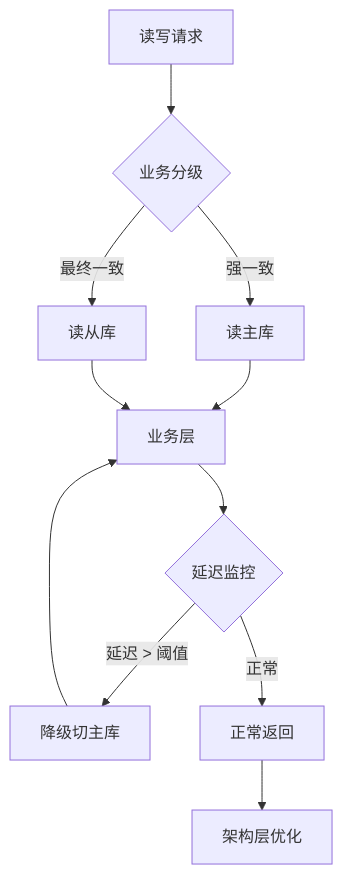
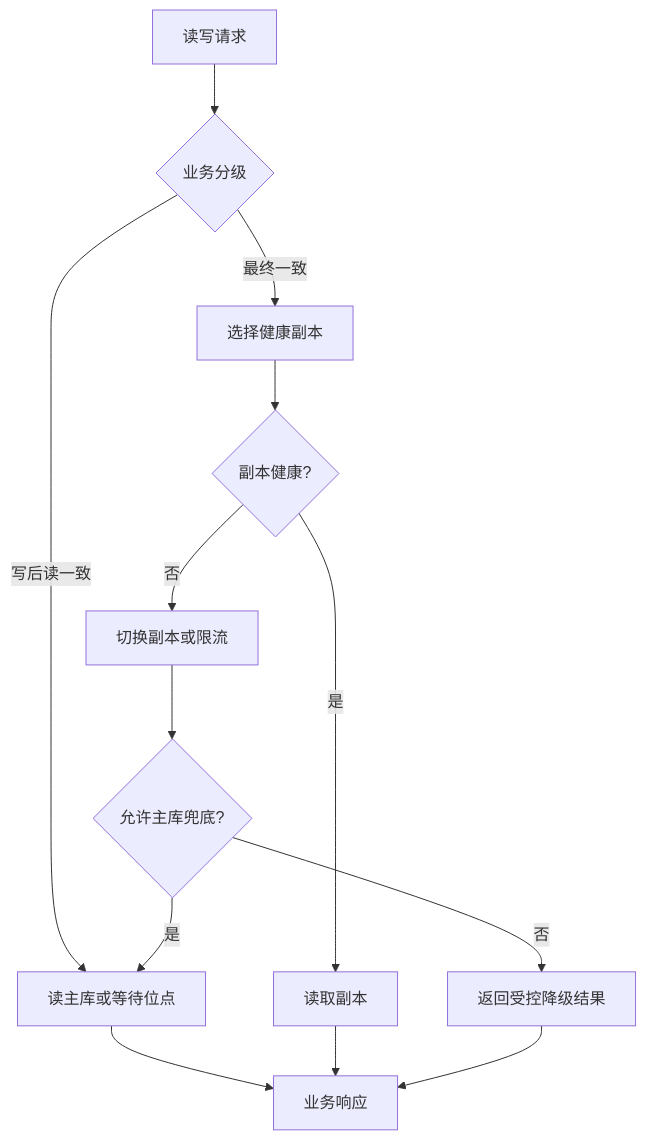
The first of 2 diagrams in _posts/2026-07-07-读写分离的幽灵陷阱.md (weng235/weng235.github.io), drawn with Mermaid before and after one commit. The commit also changed other lines of this file and 4 other files, not shown here.

````diff
--- a/_posts/2026-07-07-读写分离的幽灵陷阱.md
+++ b/_posts/2026-07-07-读写分离的幽灵陷阱.md
@@ -30,13 +30,15 @@
 ```mermaid
 flowchart TB
     A[读写请求] --> B{业务分级}
-    B -->|强一致| C[读主库]
-    B -->|最终一致| D[读从库]
-    C --> E[业务层]
-    D --> E
-    E --> F{延迟监控}
-    F -->|延迟 > 阈值| G[降级切主库]
-    F -->|正常| H[正常返回]
-    G --> E
-    H --> I[架构层优化]
+    B -->|写后读一致| C[读主库或等待位点]
+    B -->|最终一致| D[选择健康副本]
+    D --> E{副本健康?}
+    E -->|是| F[读取副本]
+    E -->|否| G[切换副本或限流]
+    G --> H{允许主库兜底?}
+    H -->|是| C
+    H -->|否| I[返回受控降级结果]
+    C --> J[业务响应]
+    F --> J
+    I --> J
 ```
````
